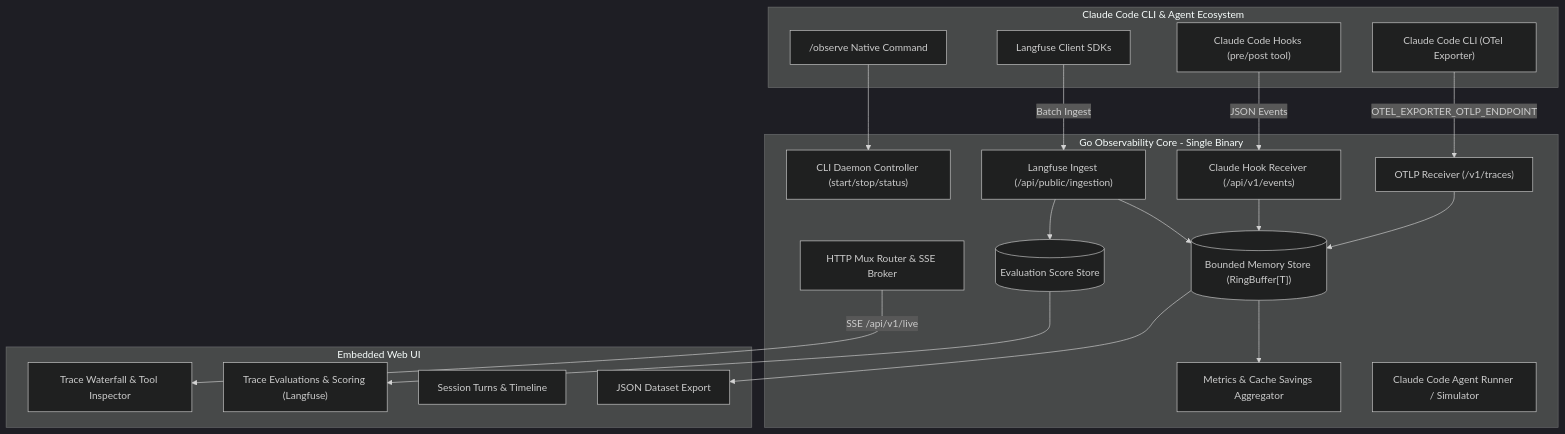
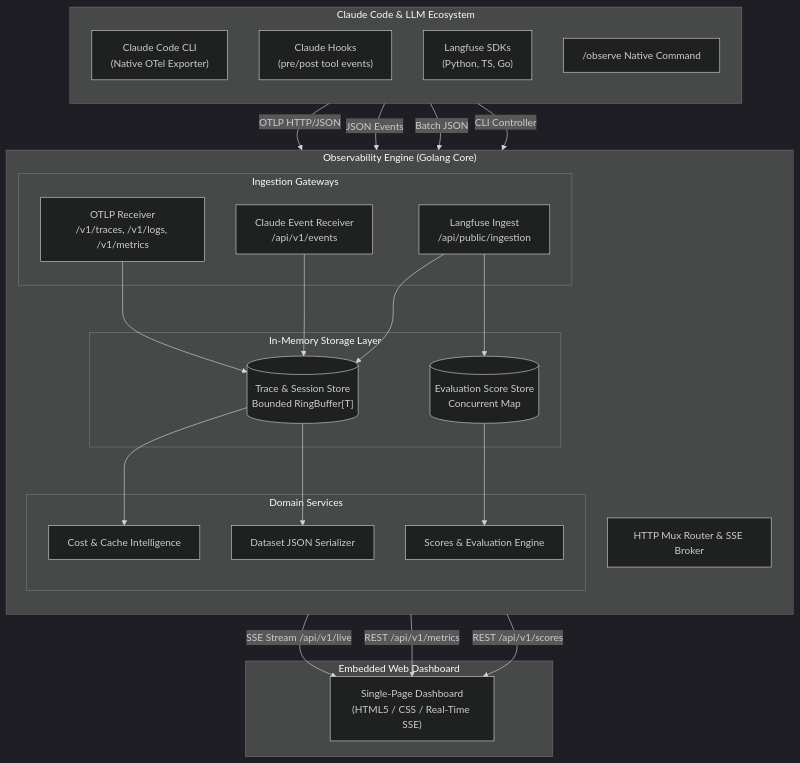
Before and after one commit to sundaram2021/claude-code-observability-system: the diagram in README.md, drawn with Mermaid (dark theme). The commit also changed other lines of this file and 9 other files, not shown here.

Commit message:
feat(ingestion): add OTLP log parser for Claude Code telemetry and update README

````diff
--- a/README.md
+++ b/README.md
@@ -26,44 +123,54 @@
 ```mermaid
-graph TD
-    subgraph ClaudeCode [Claude Code CLI & Agent Ecosystem]
+flowchart TD
+    subgraph Emitters ["Claude Code & LLM Ecosystem"]
+        direction TB
+        CLI["Claude Code CLI\n(Native OTel Exporter)"]
+        HOOKS["Claude Hooks\n(pre/post tool events)"]
+        SDK["Langfuse SDKs\n(Python, TS, Go)"]
         CMD["/observe Native Command"]
-        CLI["Claude Code CLI (OTel Exporter)"]
-        HOOKS["Claude Code Hooks (pre/post tool)"]
-        LANGFUSE["Langfuse Client SDKs"]
     end
 
-    subgraph Server [Go Observability Core - Single Binary]
-        CLI_MGR["CLI Daemon Controller (start/stop/status)"]
+    subgraph Core ["Observability Engine (Golang Core)"]
+        direction TB
         ROUTER["HTTP Mux Router & SSE Broker"]
-        OTLP_INGEST["OTLP Receiver (/v1/traces)"]
-        HOOK_INGEST["Claude Hook Receiver (/api/v1/events)"]
-        LF_INGEST["Langfuse Ingest (/api/public/ingestion)"]
         
-        STORE[("Bounded Memory Store (RingBuffer[T])")]
-        SCORE_STORE[("Evaluation Score Store")]
-        METRICS["Metrics & Cache Savings Aggregator"]
-        SIMULATOR["Claude Code Agent Runner / Simulator"]
+        subgraph Ingestion ["Ingestion Gateways"]
+            OTLP["OTLP Receiver\n/v1/traces, /v1/logs, /v1/metrics"]
+            CLAUDE_IN["Claude Event Receiver\n/api/v1/events"]
+            LF_IN["Langfuse Ingest\n/api/public/ingestion"]
+        end
+
+        subgraph Memory ["In-Memory Storage Layer"]
+            STORE[("Trace & Session Store\nBounded RingBuffer[T]")]
+            SCORE_STORE[("Evaluation Score Store\nConcurrent Map")]
+        end
+
+        subgraph Services ["Domain Services"]
+            METRICS_SVC["Cost & Cache Intelligence"]
+            EVAL_SVC["Scores & Evaluation Engine"]
+            EXPORT_SVC["Dataset JSON Serializer"]
+        end
     end
 
-    subgraph Dashboard [Embedded Web UI]
-        WATERFALL["Trace Waterfall & Tool Inspector"]
-        SCORES["Trace Evaluations & Scoring (Langfuse)"]
-        SESSIONS["Session Turns & Timeline"]
-        EXPORT["JSON Dataset Export"]
+    subgraph UI ["Embedded Web Dashboard"]
+        WEB["Single-Page Dashboard\n(HTML5 / CSS / Real-Time SSE)"]
     end
 
-    CMD --> CLI_MGR
-    CLI -- "OTEL_EXPORTER_OTLP_ENDPOINT" --> OTLP_INGEST
-    HOOKS -- "JSON Events" --> HOOK_INGEST
-    LANGFUSE -- "Batch Ingest" --> LF_INGEST
+    CLI -->|OTLP HTTP/JSON| OTLP
+    HOOKS -->|JSON Events| CLAUDE_IN
+    SDK -->|Batch JSON| LF_IN
+    CMD -->|CLI Controller| ROUTER
 
-    OTLP_INGEST --> STORE
-    HOOK_INGEST --> STORE
-    LF_INGEST --> STORE
-    LF_INGEST --> SCORE_STORE
+    OTLP --> STORE
+    CLAUDE_IN --> STORE
+    LF_IN --> STORE
+    LF_IN --> SCORE_STORE
 
-    STORE --> METRICS
-    SCORE_STORE --> SCORES
-    ROUTER -- "SSE /api/v1/live" --> WATERFALL
-    STORE --> EXPORT
+    STORE --> METRICS_SVC
+    SCORE_STORE --> EVAL_SVC
+    STORE --> EXPORT_SVC
+
+    ROUTER -->|SSE Stream /api/v1/live| WEB
+    METRICS_SVC -->|REST /api/v1/metrics| WEB
+    EVAL_SVC -->|REST /api/v1/scores| WEB
 ```
````
